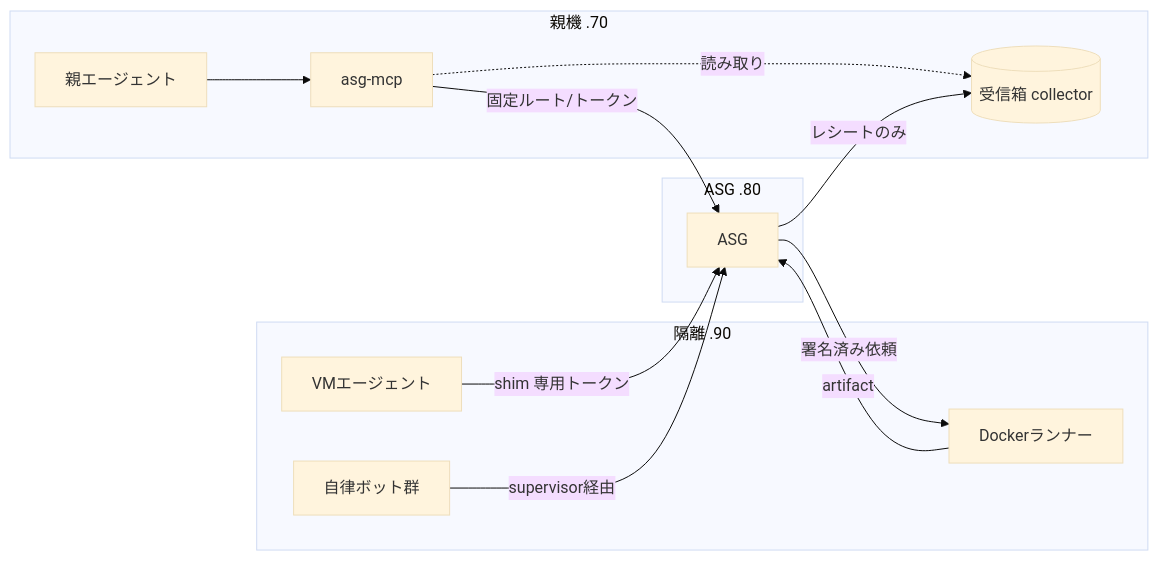
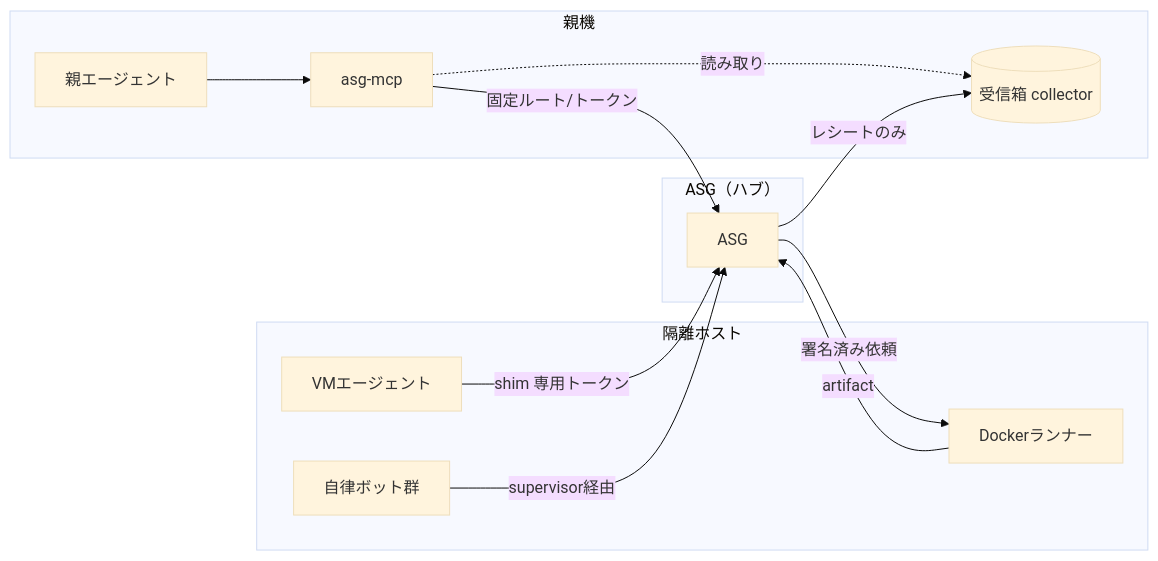
One commit to momiji-manjyuu/agent-security-gateway changed the diagram in docs/design/setup-and-connectivity.md. Above: the diagram before and after it, drawn with Mermaid (base theme). The commit also changed other lines of this file and 14 other files, not shown here.

````diff
--- a/docs/design/setup-and-connectivity.md
+++ b/docs/design/setup-and-connectivity.md
@@ -197,22 +197,22 @@
 ```mermaid
 flowchart LR
-    subgraph parent[親機 .70]
+    subgraph parent[親機]
       A[親エージェント] --> M[asg-mcp]
       I[(受信箱 collector)]
       M -. 読み取り .-> I
     end
-    subgraph hub[ASG .80]
+    subgraph hub[ASG（ハブ）]
       G[ASG]
     end
-    subgraph iso[隔離 .90]
+    subgraph iso[隔離ホスト]
       R[Dockerランナー]
       V[VMエージェント]
       F[自律ボット群]
     end
     M -->|固定ルート/トークン| G
     G -->|署名済み依頼| R
     R -->|artifact| G
     V -->|shim 専用トークン| G
     F -->|supervisor経由| G
     G -->|レシートのみ| I
 ```
````
